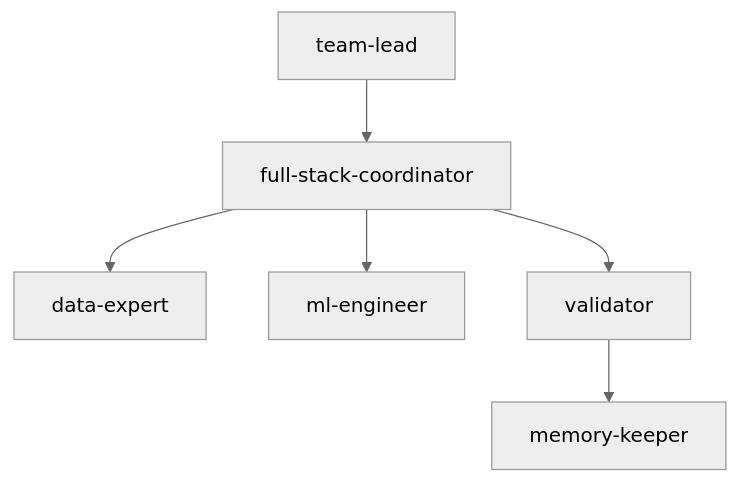
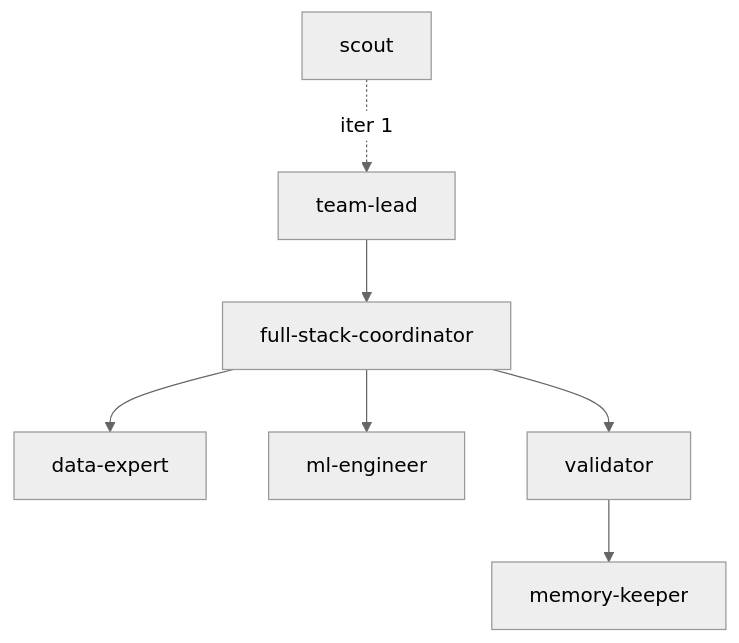
The diagram in gladius/topologies/templates/two-pizza.md (KameniAlexNea/gladius-agent), drawn with Mermaid (neutral theme) before and after one commit. The commit also changed other lines of this file and 8 other files, not shown here.

Commit message:
feat: introduce scout role for data reconnaissance and update topologies to include scout in iteration flow

````diff
--- a/gladius/topologies/templates/two-pizza.md
+++ b/gladius/topologies/templates/two-pizza.md
@@ -9,8 +9,9 @@
 ```mermaid
 graph TD
-    TL[team-lead] --> FSC[full-stack-coordinator]
+    SC[scout] -.->|iter 1| TL[team-lead]
+    TL --> FSC[full-stack-coordinator]
     FSC --> DE[data-expert]
     FSC --> ME[ml-engineer]
     FSC --> V[validator]
     V --> MK[memory-keeper]
 ```
````
